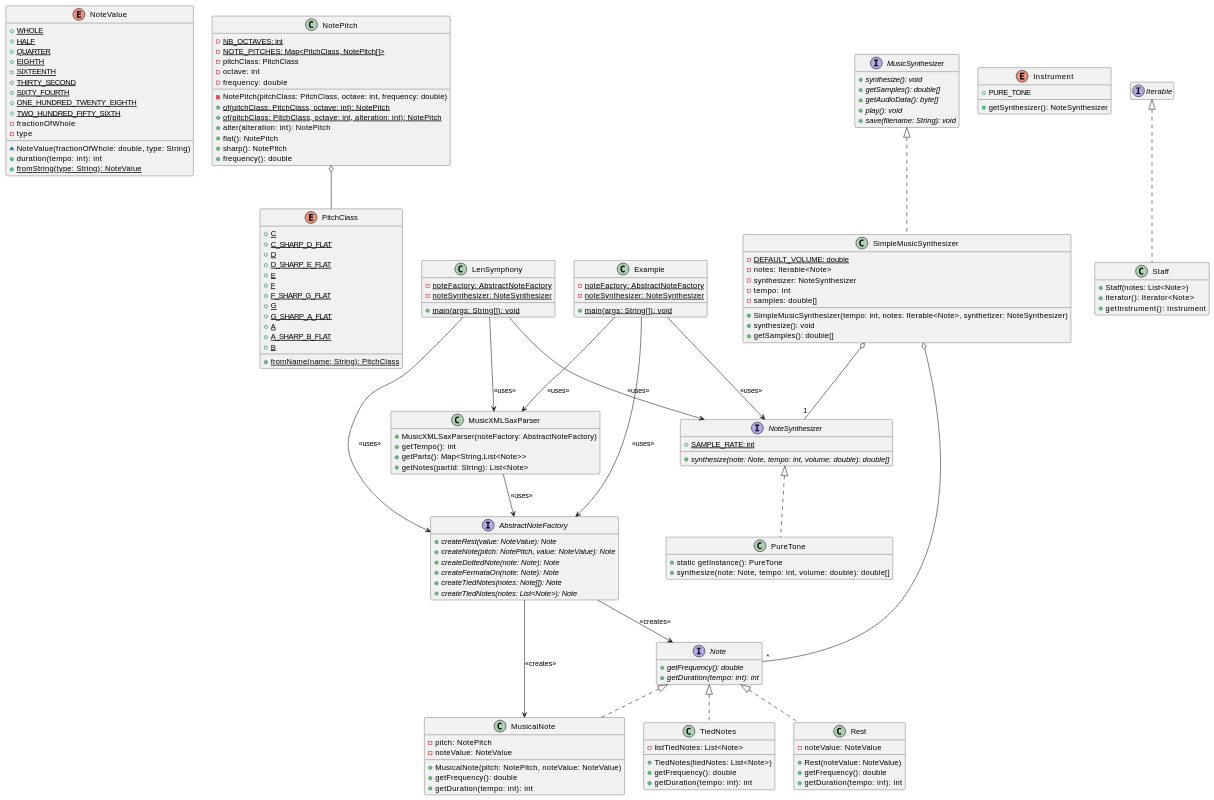
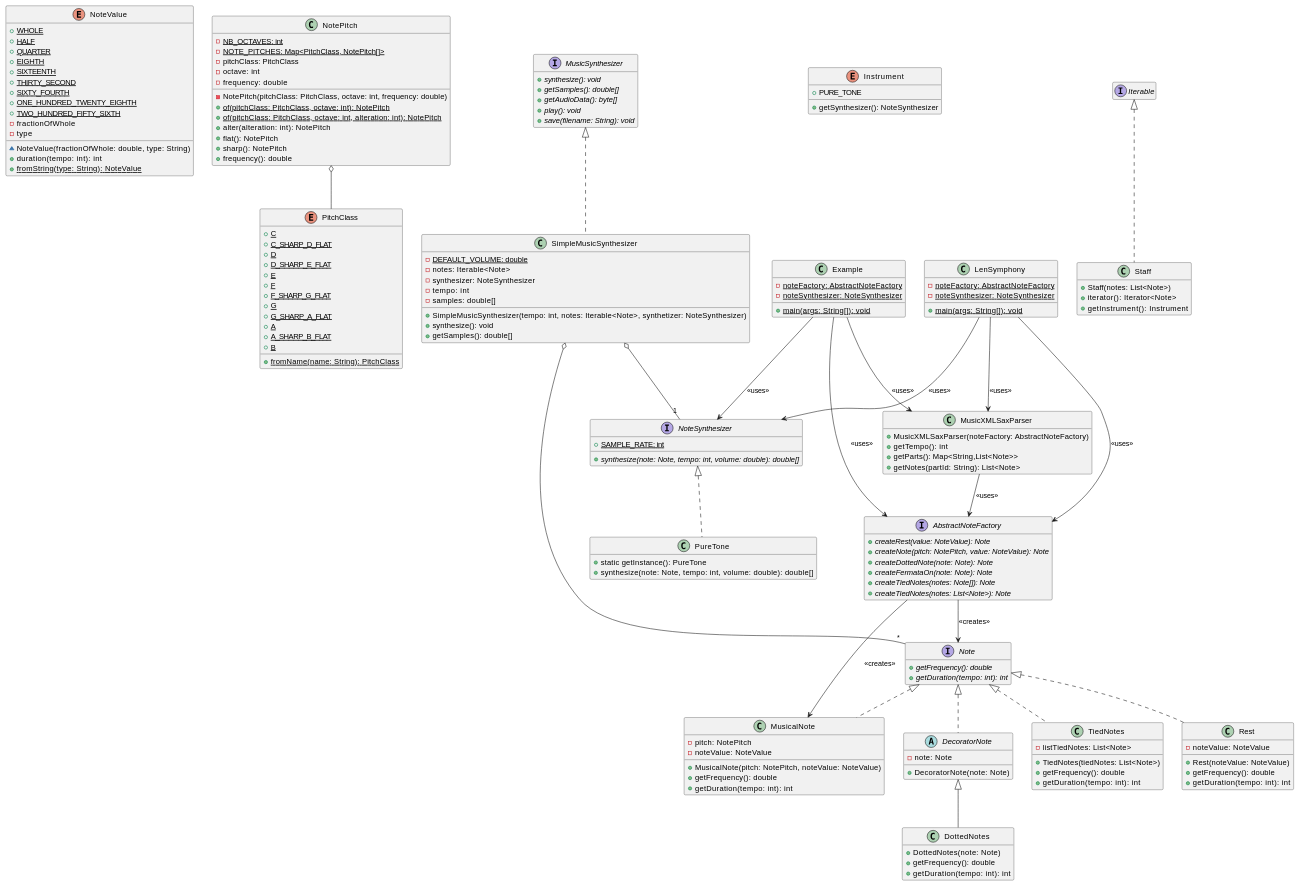
The diagram in README.md (Flamaiche/lensymphony), drawn with PlantUML before and after one commit. The commit also changed other lines of this file, not shown here.

Commit message:
Modification du Readme avec l'ajout de l'abstract et de la classe Dotted

```diff
--- a/README.md
+++ b/README.md
@@ -86,6 +86,17 @@
     + getFrequency(): double
     + getDuration(tempo: int): int
 
+}
+
+abstract class DecoratorNote implements Note {
+    - note: Note
+    + DecoratorNote(note: Note)
+}
+
+class DottedNotes extends DecoratorNote {
+    + DottedNotes(note: Note)
+    + getFrequency(): double
+    + getDuration(tempo: int): int
 }
 
 
```
